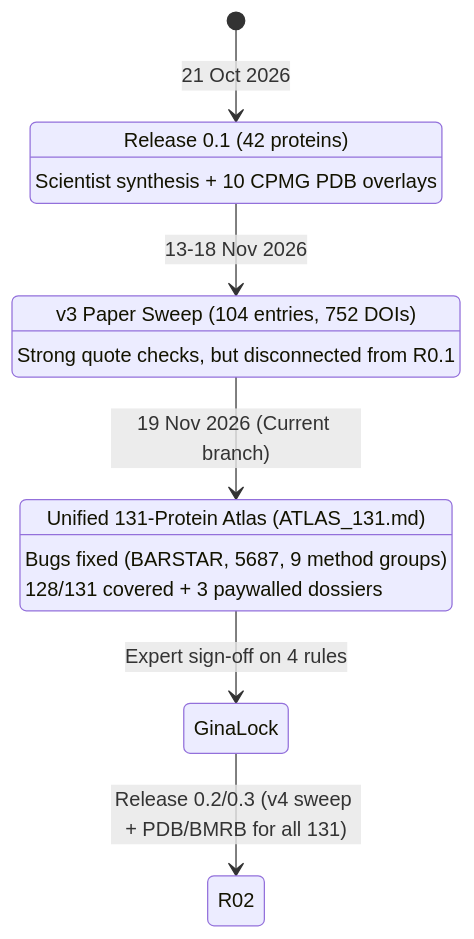
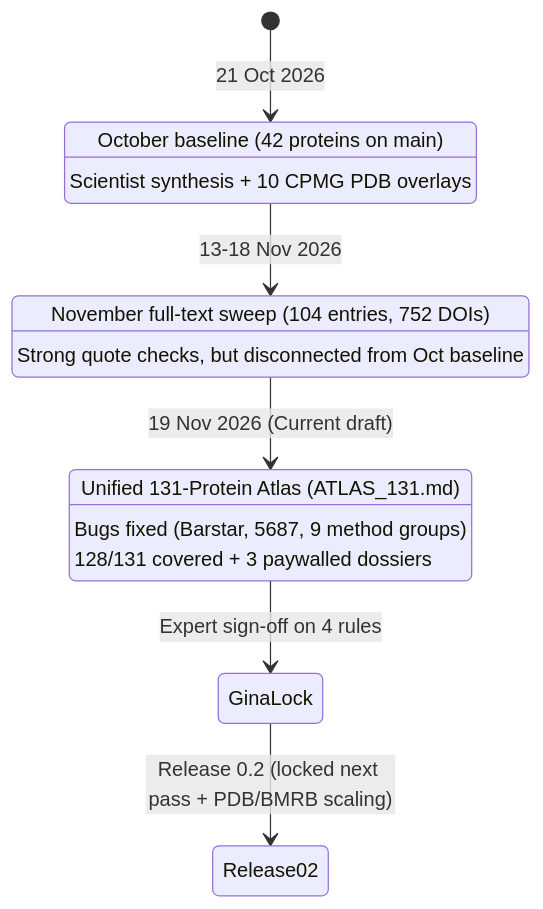
Before and after one commit to alex051107/dynamics-atlas-relaxdb: the diagram in methods/changes_since_v01.md, drawn with Mermaid. The commit also changed other lines of this file and 16 other files, not shown here.

````diff
--- a/methods/changes_since_v01.md
+++ b/methods/changes_since_v01.md
@@ -5,18 +5,18 @@
 ```mermaid
 stateDiagram-v2
-    [*] --> R01: 21 Oct 2026
-    R01: Release 0.1 (42 proteins)
-    R01: Scientist synthesis + 10 CPMG PDB overlays
+    [*] --> OctBaseline: 21 Oct 2026
+    OctBaseline: October baseline (42 proteins on main)
+    OctBaseline: Scientist synthesis + 10 CPMG PDB overlays
 
-    R01 --> V3Raw: 13-18 Nov 2026
-    V3Raw: v3 Paper Sweep (104 entries, 752 DOIs)
-    V3Raw: Strong quote checks, but disconnected from R0.1
+    OctBaseline --> NovSweep: 13-18 Nov 2026
+    NovSweep: November full-text sweep (104 entries, 752 DOIs)
+    NovSweep: Strong quote checks, but disconnected from Oct baseline
 
-    V3Raw --> Unified131: 19 Nov 2026 (Current branch)
+    NovSweep --> Unified131: 19 Nov 2026 (Current draft)
     Unified131: Unified 131-Protein Atlas (ATLAS_131.md)
-    Unified131: Bugs fixed (BARSTAR, 5687, 9 method groups)
+    Unified131: Bugs fixed (Barstar, 5687, 9 method groups)
     Unified131: 128/131 covered + 3 paywalled dossiers
 
     Unified131 --> GinaLock: Expert sign-off on 4 rules
-    GinaLock --> R02: Release 0.2/0.3 (v4 sweep + PDB/BMRB for all 131)
+    GinaLock --> Release02: Release 0.2 (locked next pass + PDB/BMRB scaling)
 ```
````
